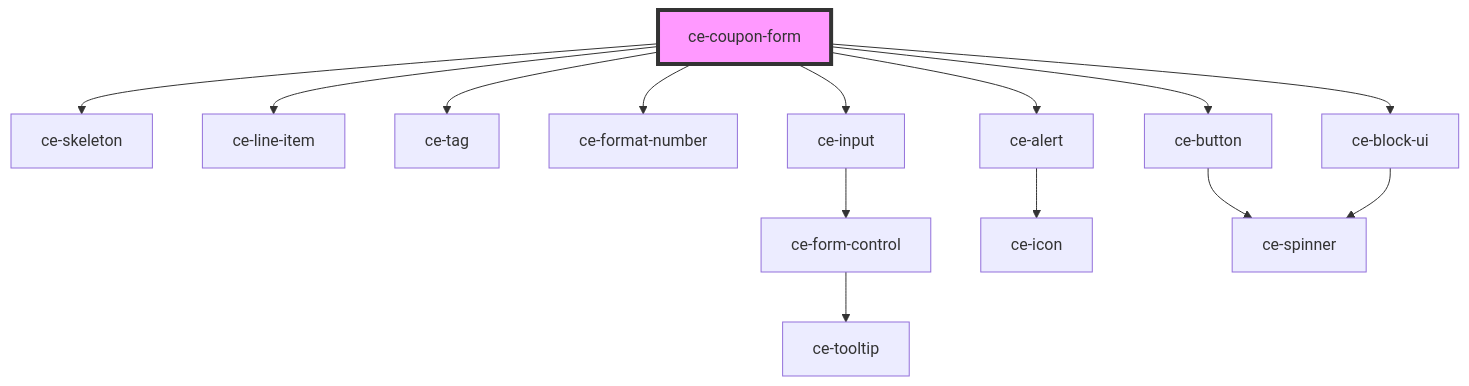
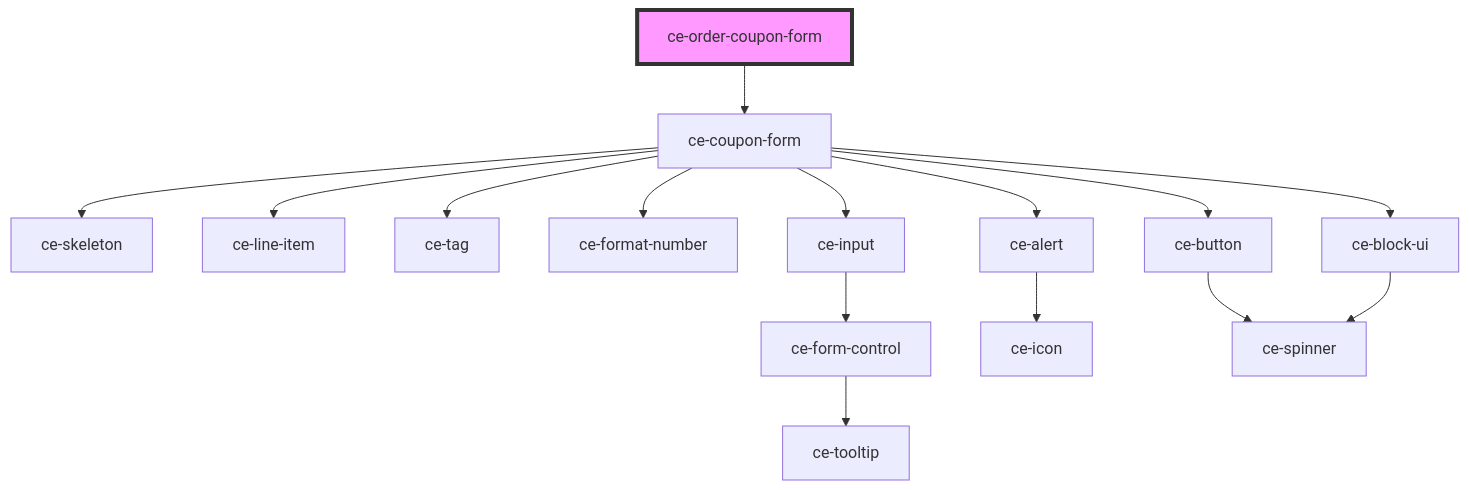
Before and after one commit to surecart/surecart-wp-plugin: the diagram in packages/components/src/components/controllers/order-coupon-form/readme.md, drawn with Mermaid. The commit also changed other lines of this file and 118 other files, not shown here.

````diff
--- a/packages/components/src/components/controllers/order-coupon-form/readme.md
+++ b/packages/components/src/components/controllers/order-coupon-form/readme.md
@@ -41,17 +34,18 @@
 ```mermaid
 graph TD;
+  ce-order-coupon-form --> ce-coupon-form
   ce-coupon-form --> ce-skeleton
   ce-coupon-form --> ce-line-item
   ce-coupon-form --> ce-tag
   ce-coupon-form --> ce-format-number
   ce-coupon-form --> ce-input
   ce-coupon-form --> ce-alert
   ce-coupon-form --> ce-button
   ce-coupon-form --> ce-block-ui
   ce-input --> ce-form-control
   ce-form-control --> ce-tooltip
   ce-alert --> ce-icon
   ce-button --> ce-spinner
   ce-block-ui --> ce-spinner
-  style ce-coupon-form fill:#f9f,stroke:#333,stroke-width:4px
+  style ce-order-coupon-form fill:#f9f,stroke:#333,stroke-width:4px
 ```
````
